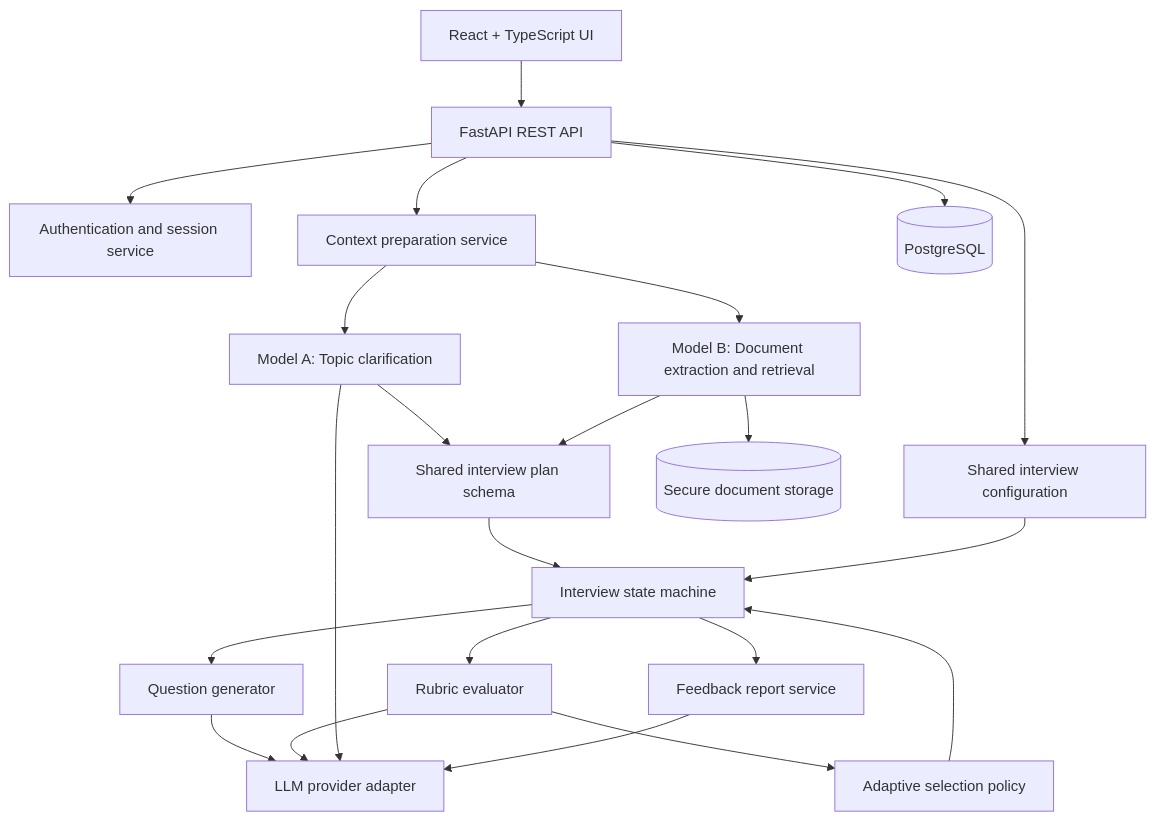
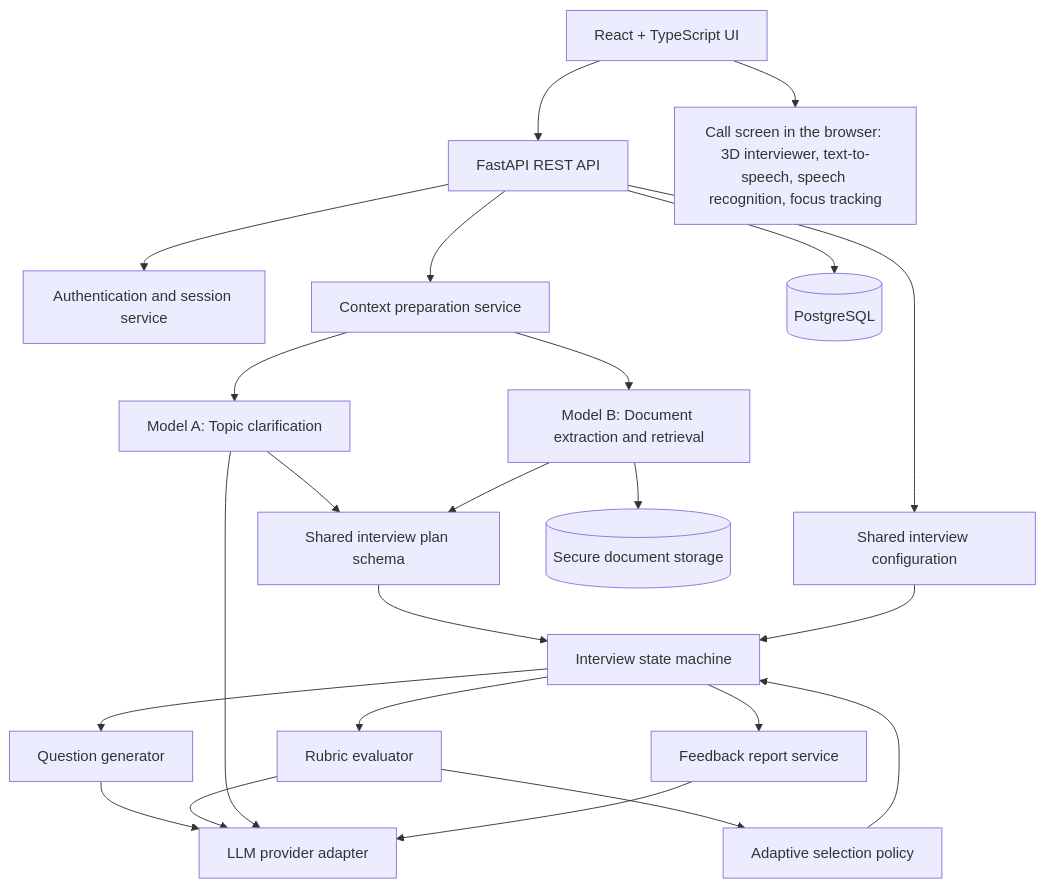
The second of 3 diagrams in README.md (avaneja/interAct_main_2026), drawn with Mermaid before and after one commit. The commit also changed other lines of this file and 2 other files, not shown here.

First line of the commit message:
Re-plan the interview as a live call with a 3D interviewer

````diff
--- a/README.md
+++ b/README.md
@@ -158,24 +179,25 @@
 ```mermaid
 flowchart TB
     UI[React + TypeScript UI] --> API[FastAPI REST API]
+    UI --> CALL[Call screen in the browser: 3D interviewer, text-to-speech, speech recognition, focus tracking]
     API --> AUTH[Authentication and session service]
     API --> ING[Context preparation service]
     ING --> TOPIC[Model A: Topic clarification]
     ING --> DOC[Model B: Document extraction and retrieval]
     TOPIC --> PLAN[Shared interview plan schema]
     DOC --> PLAN
     API --> CONFIG[Shared interview configuration]
     PLAN --> ENGINE[Interview state machine]
     CONFIG --> ENGINE
     ENGINE --> GEN[Question generator]
     ENGINE --> EVAL[Rubric evaluator]
     EVAL --> POLICY[Adaptive selection policy]
     POLICY --> ENGINE
     ENGINE --> REPORT[Feedback report service]
     API --> DB[(PostgreSQL)]
     DOC --> STORE[(Secure document storage)]
     GEN --> LLM[LLM provider adapter]
     EVAL --> LLM
     TOPIC --> LLM
     REPORT --> LLM
 ```
````
